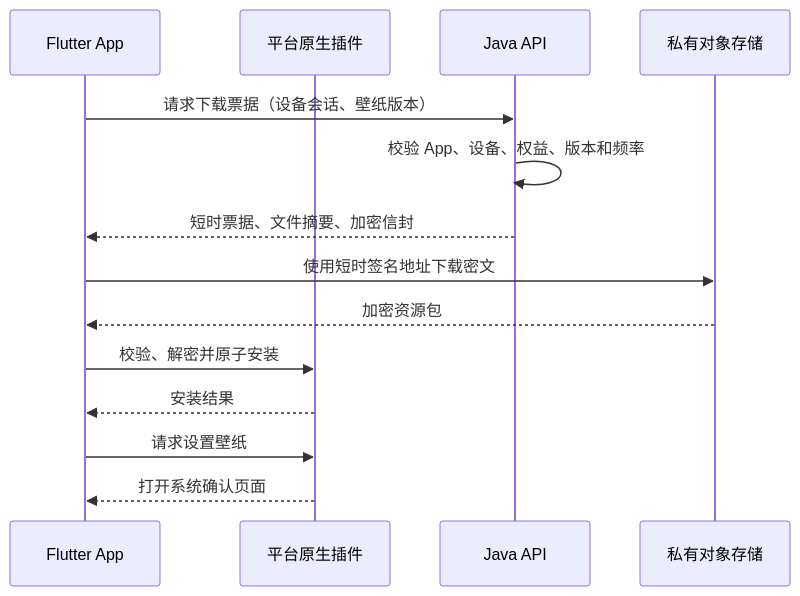
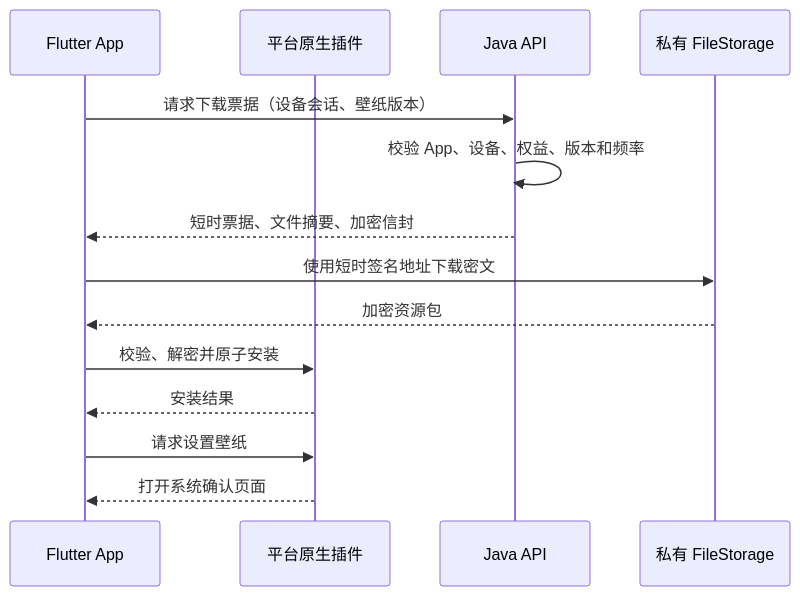
The diagram in docs/02-系统架构/ARC-001-混合客户端与平台架构方案.md (Jerry1254/wallpapersapp), drawn with Mermaid before and after one commit. The commit also changed other lines of this file and 10 other files, not shown here.

```diff
--- a/docs/02-系统架构/ARC-001-混合客户端与平台架构方案.md
+++ b/docs/02-系统架构/ARC-001-混合客户端与平台架构方案.md
@@ -230,17 +230,17 @@
 ~~~mermaid
 sequenceDiagram
     participant A as Flutter App
     participant N as 平台原生插件
     participant S as Java API
-    participant O as 私有对象存储
+    participant O as 私有 FileStorage
 
     A->>S: 请求下载票据（设备会话、壁纸版本）
     S->>S: 校验 App、设备、权益、版本和频率
     S-->>A: 短时票据、文件摘要、加密信封
     A->>O: 使用短时签名地址下载密文
     O-->>A: 加密资源包
     A->>N: 校验、解密并原子安装
     N-->>A: 安装结果
     A->>N: 请求设置壁纸
     N-->>A: 打开系统确认页面
 ~~~
```
